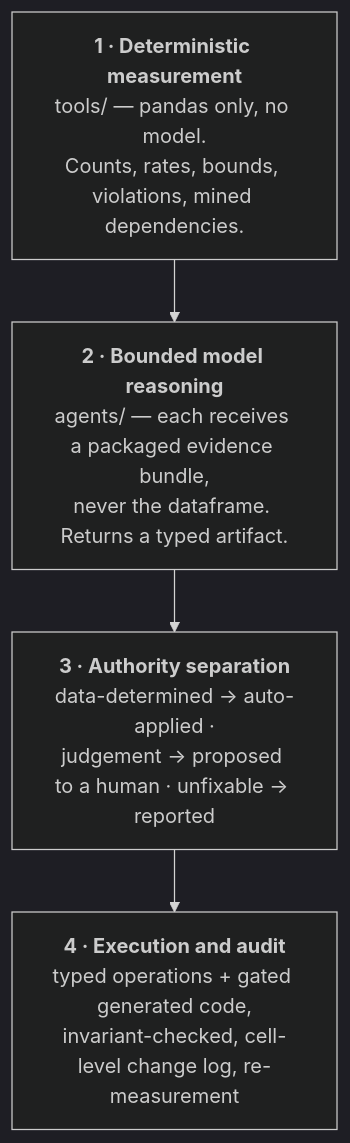
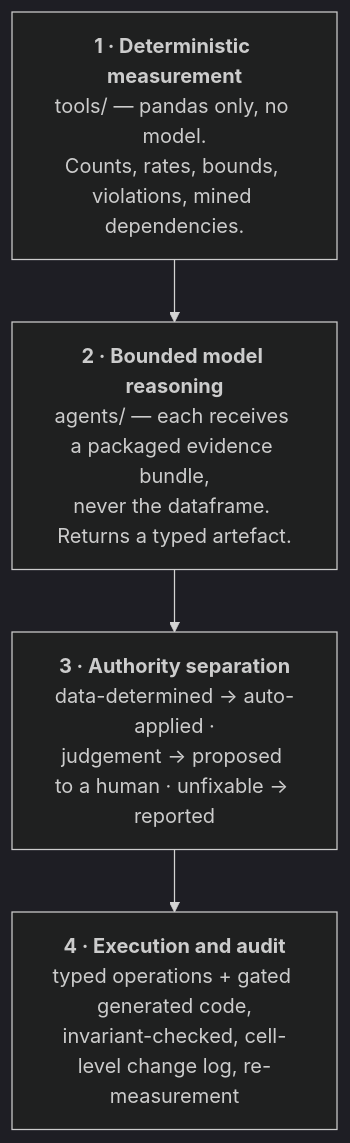
The second of 3 diagrams in README.md (simonefilosofi/Reply_multi-agents_project_810431), drawn with Mermaid (dark theme) before and after one commit. The commit also changed other lines of this file and 3 other files, not shown here.

````diff
--- a/README.md
+++ b/README.md
@@ -217,8 +249,8 @@
 ```mermaid
 flowchart TB
   L1["<b>1 · Deterministic measurement</b><br/>tools/ — pandas only, no model.<br/>Counts, rates, bounds, violations, mined dependencies."]
-  L2["<b>2 · Bounded model reasoning</b><br/>agents/ — each receives a packaged evidence bundle,<br/>never the dataframe. Returns a typed artifact."]
+  L2["<b>2 · Bounded model reasoning</b><br/>agents/ — each receives a packaged evidence bundle,<br/>never the dataframe. Returns a typed artefact."]
   L3["<b>3 · Authority separation</b><br/>data-determined → auto-applied ·<br/>judgement → proposed to a human · unfixable → reported"]
   L4["<b>4 · Execution and audit</b><br/>typed operations + gated generated code,<br/>invariant-checked, cell-level change log, re-measurement"]
   L1 --> L2 --> L3 --> L4
 ```
````
